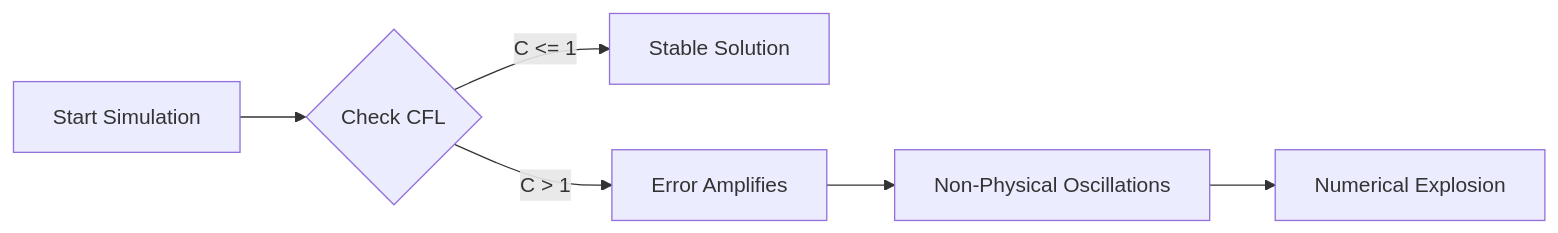
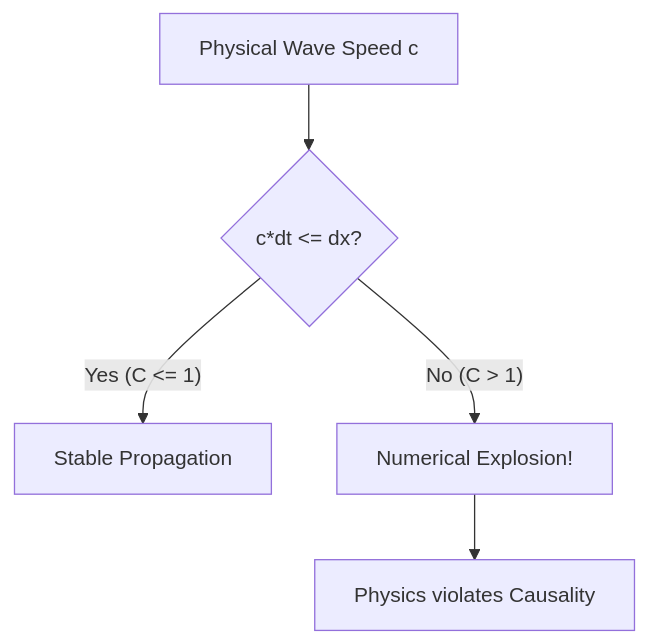
The diagram in docs/chapters/chapter-12/essay.md (bigbook-of-computing/foundation), drawn with Mermaid before and after one commit. The commit also changed other lines of this file and 52 other files, not shown here.

````diff
--- a/docs/chapters/chapter-12/essay.md
+++ b/docs/chapters/chapter-12/essay.md
@@ -95,8 +62,7 @@
 ```mermaid
-flowchart LR
-A[Start Simulation] --> B{Check CFL}
-B -->|C <= 1| C[Stable Solution]
-B -->|C > 1| D[Error Amplifies]
-D --> E[Non-Physical Oscillations]
-E --> F[Numerical Explosion]
+graph TD
+    A[Physical Wave Speed c] --> B{c*dt <= dx?}
+    B -- Yes (C <= 1) --> C[Stable Propagation]
+    B -- No (C > 1) --> D[Numerical Explosion!]
+    D --> E[Physics violates Causality]
 ```
````
